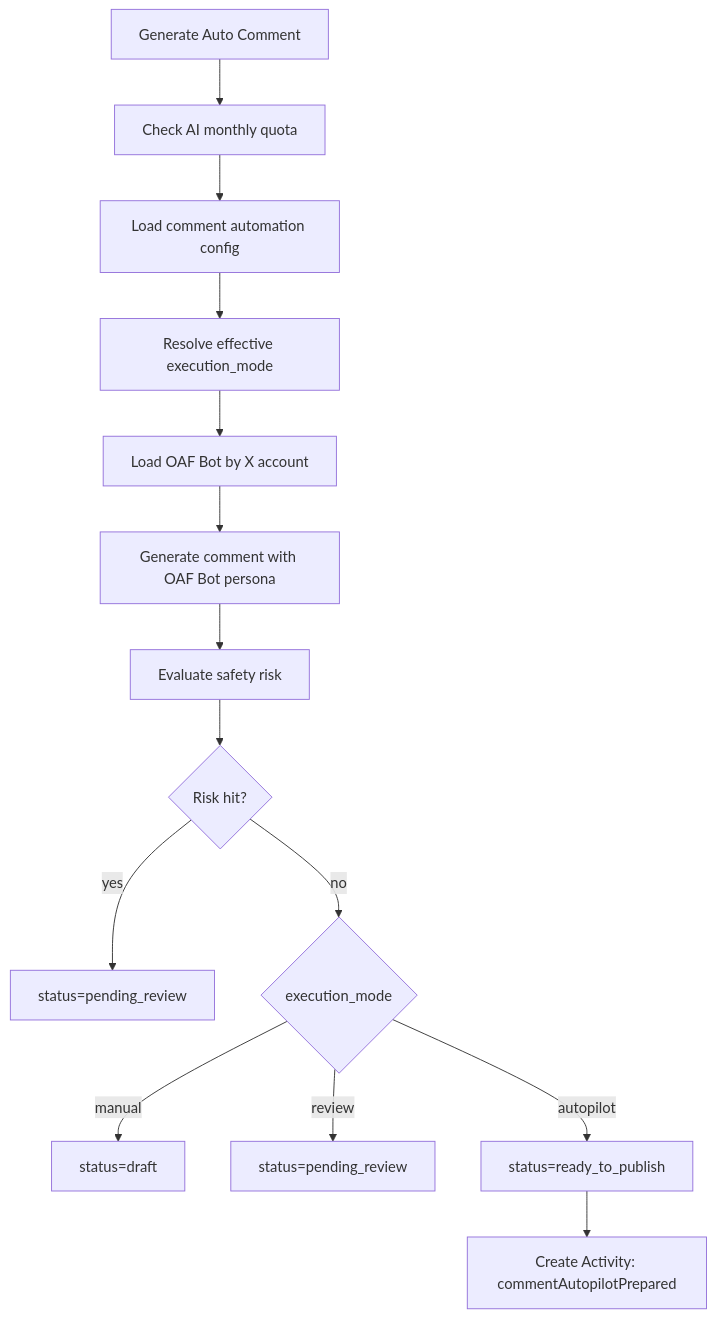
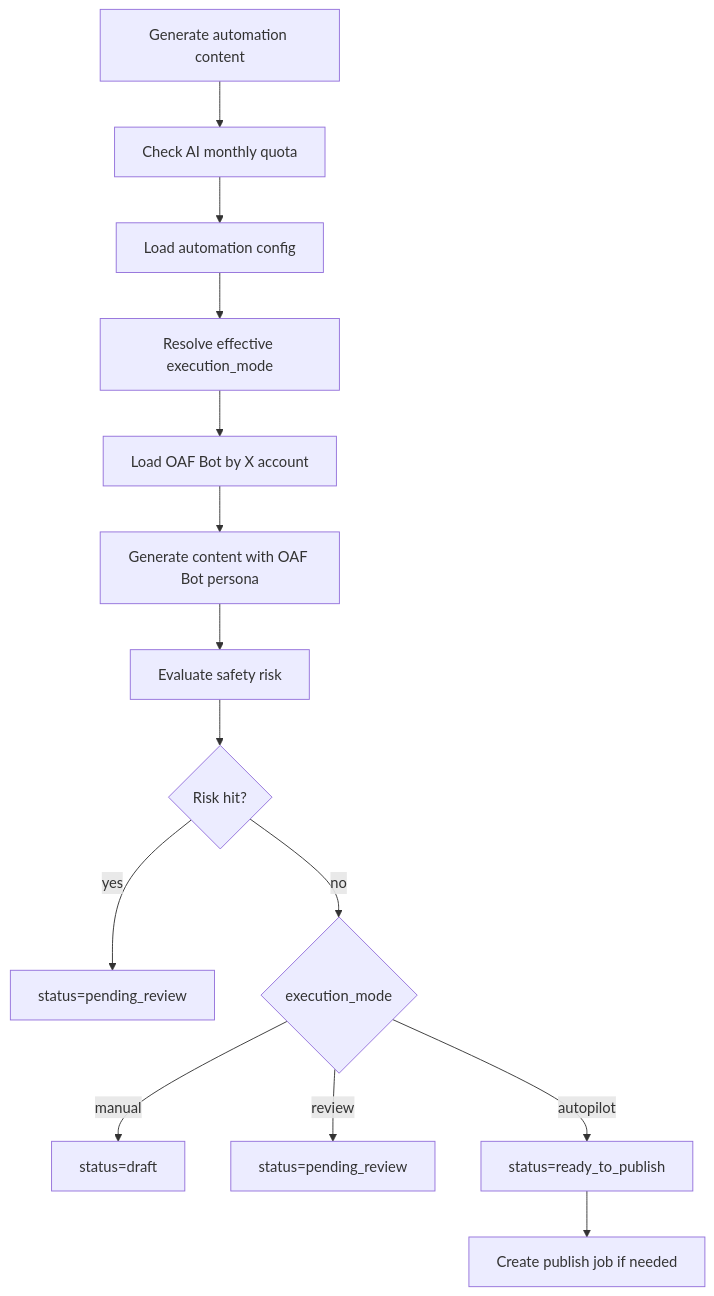
Before and after one commit to OctoAgentFlow/octo-agent: the diagram in docs/technical/oaf-bot-execution-mode-tech-design.md, drawn with Mermaid. The commit also changed other lines of this file and 17 other files, not shown here.

````diff
--- a/docs/technical/oaf-bot-execution-mode-tech-design.md
+++ b/docs/technical/oaf-bot-execution-mode-tech-design.md
@@ -74,16 +74,16 @@
 ```mermaid
 flowchart TD
-  A["Generate Auto Comment"] --> B["Check AI monthly quota"]
-  B --> C["Load comment automation config"]
+  A["Generate automation content"] --> B["Check AI monthly quota"]
+  B --> C["Load automation config"]
   C --> D["Resolve effective execution_mode"]
   D --> E["Load OAF Bot by X account"]
-  E --> F["Generate comment with OAF Bot persona"]
+  E --> F["Generate content with OAF Bot persona"]
   F --> G["Evaluate safety risk"]
   G --> H{"Risk hit?"}
   H -- yes --> I["status=pending_review"]
   H -- no --> J{"execution_mode"}
   J -- manual --> K["status=draft"]
   J -- review --> L["status=pending_review"]
   J -- autopilot --> M["status=ready_to_publish"]
-  M --> N["Create Activity: commentAutopilotPrepared"]
+  M --> N["Create publish job if needed"]
 ```
````
